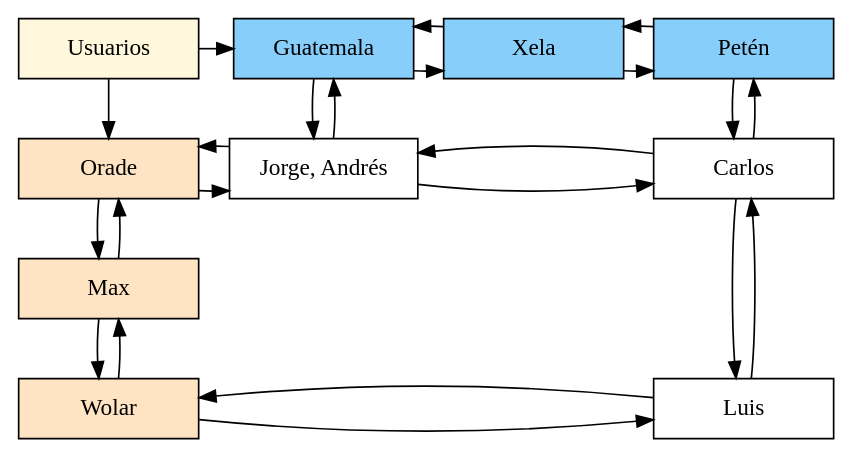
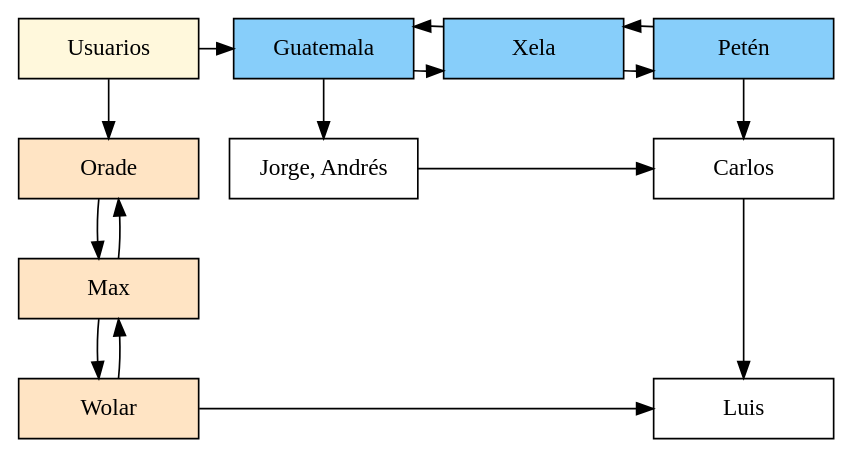
Before and after one commit to jorgemejia25/-EDD-Proyecto1_202300376: the diagram in ejemplo2.dot, drawn with Graphviz. The commit also changed 23 other files, not shown here.

```diff
--- a/ejemplo2.dot
+++ b/ejemplo2.dot
@@ -1,59 +1,68 @@
 digraph Sparse_Matrix {
     // Global settings
-    node [shape=box];
+    node [shape = box;];
     
     // Main node
-    Mt [label="Usuarios";width=1.5;style=filled;fillcolor=cornsilk;group=0];
+    Mt [label = "Usuarios";width = 1.5;style = filled;fillcolor = cornsilk;group = 0;];
     
     // Row nodes (Users)
-    F0 [label="Orade";width=1.5;style=filled;fillcolor=bisque1;group=0];
-    F1 [label="Max";width=1.5;style=filled;fillcolor=bisque1;group=0];
-    F2 [label="Wolar";width=1.5;style=filled;fillcolor=bisque1;group=0];
+    F0 [label = "Orade";width = 1.5;style = filled;fillcolor = bisque1;group = 0;];
+    F1 [label = "Max";width = 1.5;style = filled;fillcolor = bisque1;group = 0;];
+    F2 [label = "Wolar";width = 1.5;style = filled;fillcolor = bisque1;group = 0;];
     
     // Column nodes (Locations)
-    C0 [label="Guatemala";width=1.5;style=filled;fillcolor=lightskyblue;group=1];
-    C1 [label="Xela";width=1.5;style=filled;fillcolor=lightskyblue;group=2];
-    C2 [label="Petén";width=1.5;style=filled;fillcolor=lightskyblue;group=3];
+    C0 [label = "Guatemala";width = 1.5;style = filled;fillcolor = lightskyblue;group = 1;];
+    C1 [label = "Xela";width = 1.5;style = filled;fillcolor = lightskyblue;group = 2;];
+    C2 [label = "Petén";width = 1.5;style = filled;fillcolor = lightskyblue;group = 3;];
     
     // Data nodes (Grupo = numero de columna)
-    F0_C0 [label="Jorge, Andrés";width=1.5;group=1];
-    F0_C2 [label="Carlos";width=1.5;group=3];
-    F2_C2 [label="Luis";width=1.5;group=3];
+    F0_C0 [label = "Jorge, Andrés";width = 1.5;group = 1;];
+    F0_C2 [label = "Carlos";width = 1.5;group = 3;];
+    F2_C2 [label = "Luis";width = 1.5;group = 3;];
     
     // Core connections
     Mt -> F0;
     Mt -> C0;
     
     // Row connections
     F0 -> F1;
     F1 -> F0;
     F1 -> F2;
     F2 -> F1;
     
     // Column connections
     C0 -> C1;
     C1 -> C0;
     C1 -> C2;
     C2 -> C1;
     
     // Data connections - rows
-    F0 -> F0_C0;
     F0_C0 -> F0_C2;
+   
     F2 -> F2_C2;
-    F0_C0 -> F0;
-    F0_C2 -> F0_C0;
-    F2_C2 -> F2;
     
     // Data connections - columns
     C0 -> F0_C0;
     C2 -> F0_C2;
     F0_C2 -> F2_C2;
-    F0_C0 -> C0;
-    F0_C2 -> C2;
-    F2_C2 -> F0_C2;
     
     // Layout control
-    {rank=same; Mt; C0; C1; C2}
-    {rank=same; F0; F0_C0; F0_C2}
-    {rank=same; F2; F2_C2}
+    subgraph {
+        rank = same;
+        Mt;
+        C0;
+        C1;
+        C2;
+    }
+    subgraph {
+        rank = same;
+        F0;
+        F0_C0;
+        F0_C2;
+    }
+    subgraph {
+        rank = same;
+        F2;
+        F2_C2;
+    }
 }
```
